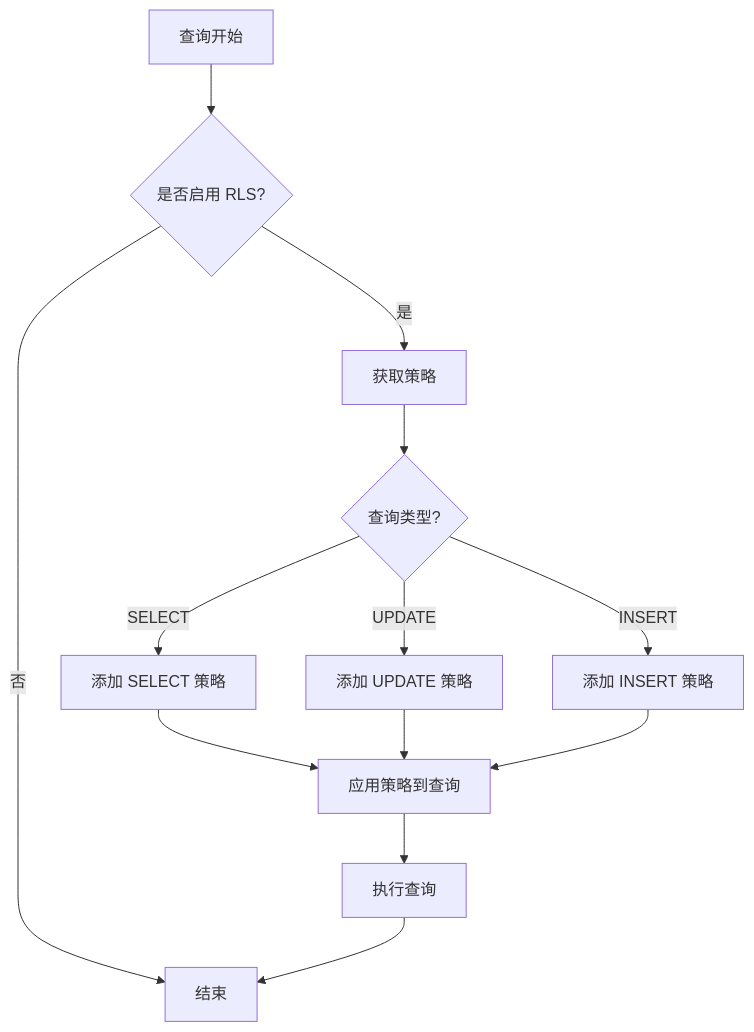
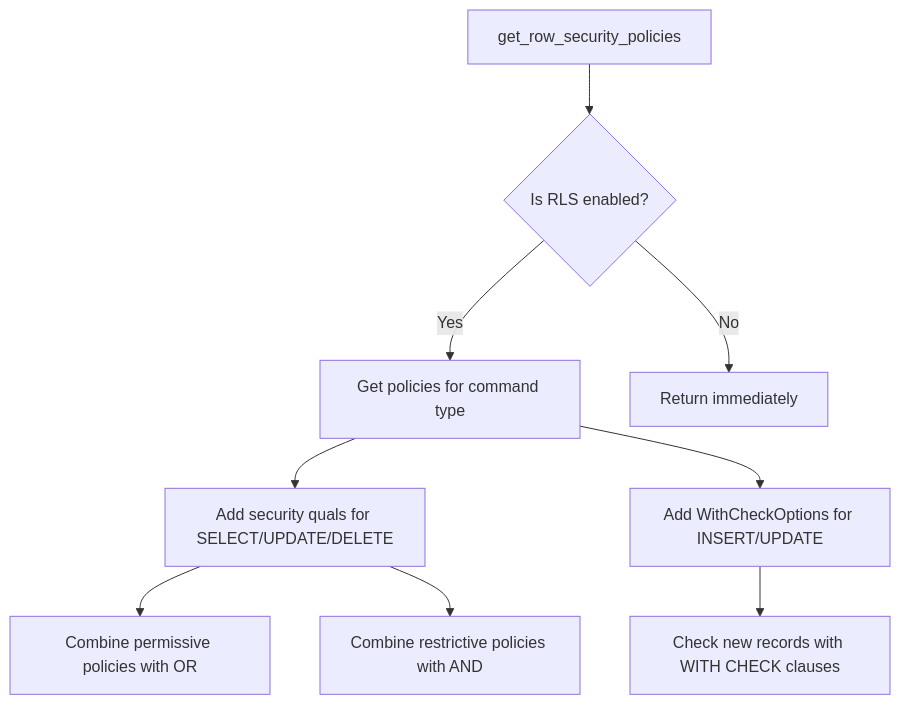
One commit to digoal/blog changed diagram 22 of 24 in 202503/20250307_01.md. Above: the diagram before and after it, drawn with Mermaid. The commit also changed other lines of this file, not shown here.

````diff
--- a/202503/20250307_01.md
+++ b/202503/20250307_01.md
@@ -1413,15 +1353,11 @@
-```mermaid  
-graph TD  
-    A[查询开始] --> B{是否启用 RLS?}  
-    B -- 是 --> C[获取策略]  
-    B -- 否 --> Z[结束]  
-    C --> D{查询类型?}  
-    D -- SELECT --> E[添加 SELECT 策略]  
-    D -- UPDATE --> F[添加 UPDATE 策略]  
-    D -- INSERT --> G[添加 INSERT 策略]  
-    E --> H[应用策略到查询]  
-    F --> H  
-    G --> H  
-    H --> I[执行查询]  
-    I --> Z  
-```  
+```mermaid
+graph TD
+    A[get_row_security_policies] --> B{Is RLS enabled?}
+    B -->|Yes| C[Get policies for command type]
+    B -->|No| D[Return immediately]
+    C --> E[Add security quals for SELECT/UPDATE/DELETE]
+    C --> F[Add WithCheckOptions for INSERT/UPDATE]
+    E --> G[Combine permissive policies with OR]
+    E --> H[Combine restrictive policies with AND]
+    F --> I[Check new records with WITH CHECK clauses]
+```
````
